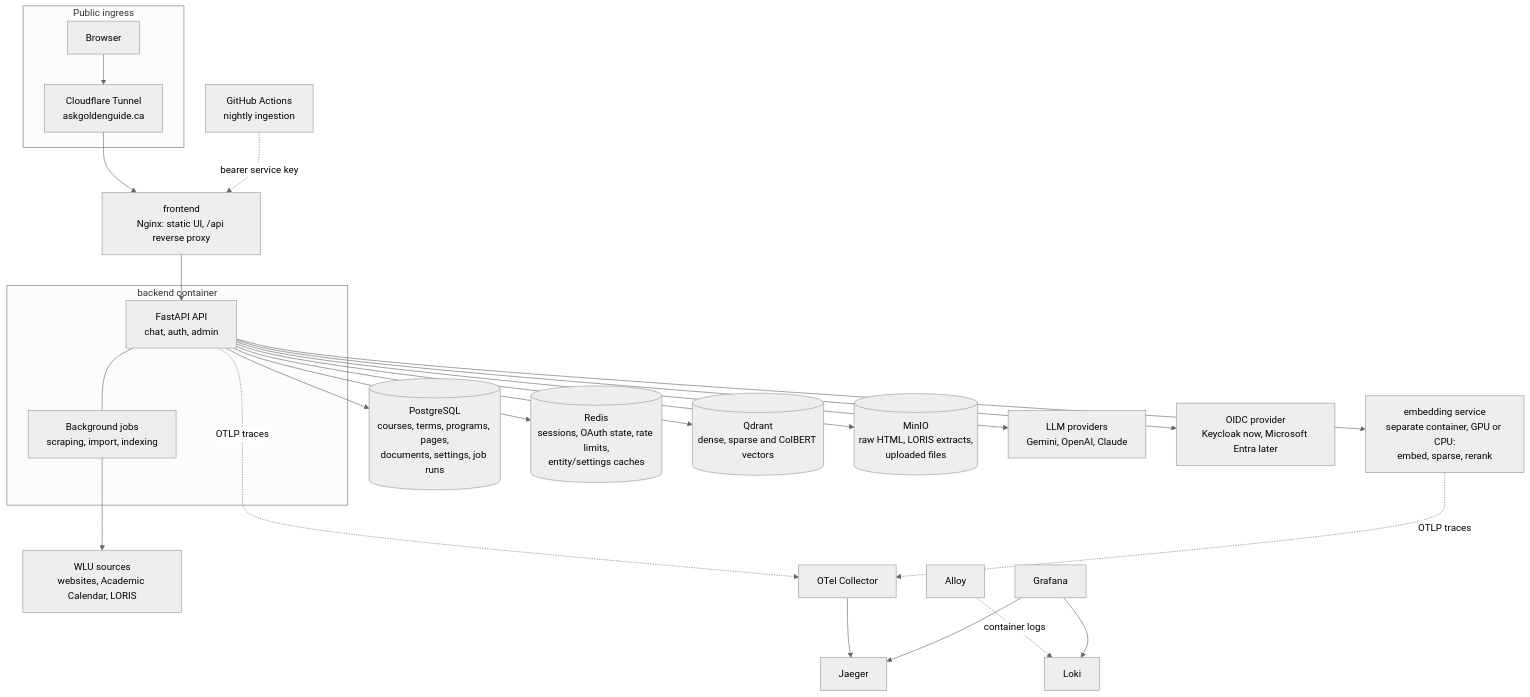
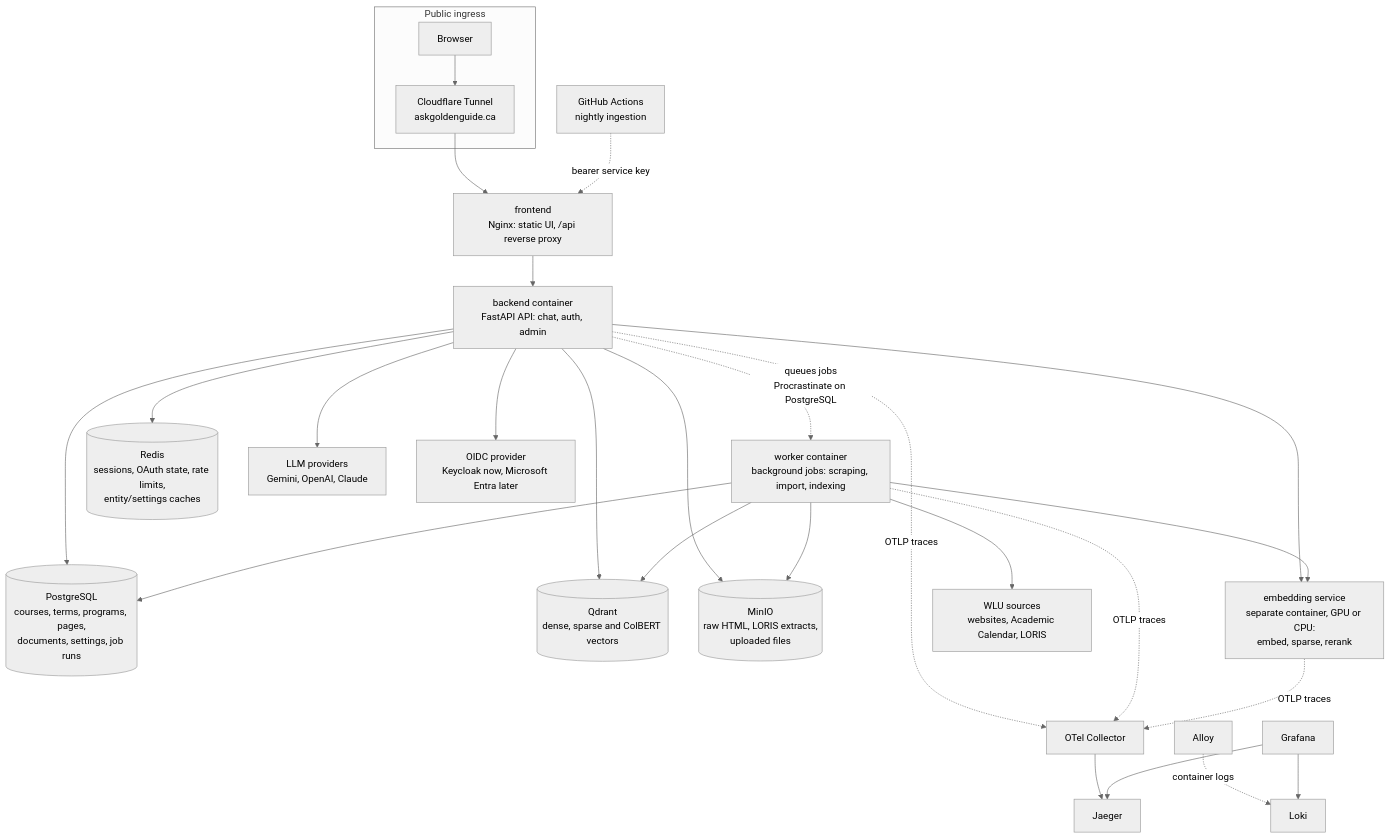
Before and after one commit to b4sleal/GoldenGuide: the first of 2 diagrams in docs/backend/architecture.md, drawn with Mermaid (neutral theme). The commit also changed other lines of this file and 160 other files, not shown here.

````diff
--- a/docs/backend/architecture.md
+++ b/docs/backend/architecture.md
@@ -27,29 +27,28 @@
 ```mermaid
 flowchart TB
     subgraph ingress[Public ingress]
         BR[Browser] --> CF[Cloudflare Tunnel<br/>askgoldenguide.ca]
     end
     CF --> FE[frontend<br/>Nginx: static UI, /api reverse proxy]
     FE --> API
 
-    subgraph api[backend container]
-        API[FastAPI API<br/>chat, auth, admin]
-        JOBS[Background jobs<br/>scraping, import, indexing]
-        API --- JOBS
-    end
+    API[backend container<br/>FastAPI API: chat, auth, admin]
+    JOBS[worker container<br/>background jobs: scraping, import, indexing]
+    API -. queues jobs<br/>Procrastinate on PostgreSQL .-> JOBS
 
     GH[GitHub Actions<br/>nightly ingestion] -. bearer service key .-> FE
 
     API --> PG[(PostgreSQL<br/>courses, terms, programs, pages,<br/>documents, settings, job runs)]
     API --> RD[(Redis<br/>sessions, OAuth state, rate limits,<br/>entity/settings caches)]
     API --> QD[(Qdrant<br/>dense, sparse and ColBERT vectors)]
     API --> MN[(MinIO<br/>raw HTML, LORIS extracts,<br/>uploaded files)]
     API --> EMB[embedding service<br/>separate container, GPU or CPU:<br/>embed, sparse, rerank]
     API --> LLM[LLM providers<br/>Gemini, OpenAI, Claude]
     API --> IDP[OIDC provider<br/>Keycloak now, Microsoft Entra later]
     JOBS --> WLU[WLU sources<br/>websites, Academic Calendar, LORIS]
+    JOBS --> PG & QD & MN & EMB
 
-    API & EMB -. OTLP traces .-> OT[OTel Collector] --> JG[Jaeger]
+    API & JOBS & EMB -. OTLP traces .-> OT[OTel Collector] --> JG[Jaeger]
     AL[Alloy] -. container logs .-> LK[Loki]
     GF[Grafana] --> LK & JG
 ```
````
